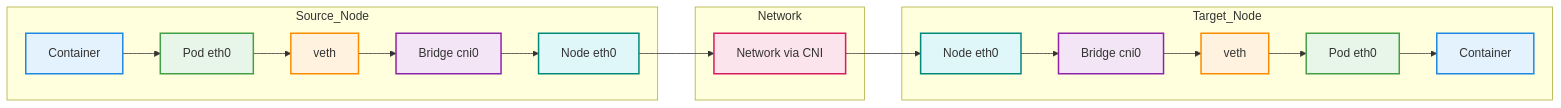
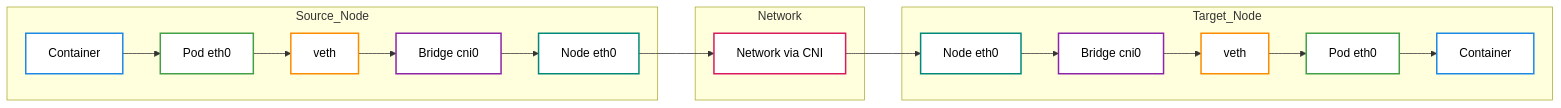
One commit to Mygit-personal/K8S-documentation changed the third of 3 diagrams in README.md. Above: the diagram before and after it, drawn with Mermaid. The commit also changed other lines of this file, not shown here.

Commit message:
different node-2

````diff
--- a/README.md
+++ b/README.md
@@ -3983,49 +3984,49 @@
 ```mermaid
 flowchart LR
 
     %% Source Node
     subgraph Source_Node
         A[Container]
         B[Pod eth0]
         C[veth]
         D[Bridge cni0]
         E[Node eth0]
         A --> B --> C --> D --> E
     end
 
     %% Network
     subgraph Network
         F[Network via CNI]
     end
 
     %% Target Node
     subgraph Target_Node
         G[Node eth0]
         H[Bridge cni0]
         I[veth]
         J[Pod eth0]
         K[Container]
         G --> H --> I --> J --> K
     end
 
     %% Cross-node connection
     E --> F --> G
 
-    %% Styling (AI-like soft colors)
-    style A fill:#E3F2FD,stroke:#1E88E5,stroke-width:2px
-    style K fill:#E3F2FD,stroke:#1E88E5,stroke-width:2px
+    %% High-contrast styling
+    style A fill:#ffffff,stroke:#1E88E5,stroke-width:2px,color:#000000
+    style K fill:#ffffff,stroke:#1E88E5,stroke-width:2px,color:#000000
 
-    style B fill:#E8F5E9,stroke:#43A047,stroke-width:2px
-    style J fill:#E8F5E9,stroke:#43A047,stroke-width:2px
+    style B fill:#ffffff,stroke:#43A047,stroke-width:2px,color:#000000
+    style J fill:#ffffff,stroke:#43A047,stroke-width:2px,color:#000000
 
-    style C fill:#FFF3E0,stroke:#FB8C00,stroke-width:2px
-    style I fill:#FFF3E0,stroke:#FB8C00,stroke-width:2px
+    style C fill:#ffffff,stroke:#FB8C00,stroke-width:2px,color:#000000
+    style I fill:#ffffff,stroke:#FB8C00,stroke-width:2px,color:#000000
 
-    style D fill:#F3E5F5,stroke:#8E24AA,stroke-width:2px
-    style H fill:#F3E5F5,stroke:#8E24AA,stroke-width:2px
+    style D fill:#ffffff,stroke:#8E24AA,stroke-width:2px,color:#000000
+    style H fill:#ffffff,stroke:#8E24AA,stroke-width:2px,color:#000000
 
-    style E fill:#E0F7FA,stroke:#00897B,stroke-width:2px
-    style G fill:#E0F7FA,stroke:#00897B,stroke-width:2px
+    style E fill:#ffffff,stroke:#00897B,stroke-width:2px,color:#000000
+    style G fill:#ffffff,stroke:#00897B,stroke-width:2px,color:#000000
 
-    style F fill:#FCE4EC,stroke:#D81B60,stroke-width:2px
+    style F fill:#ffffff,stroke:#D81B60,stroke-width:2px,color:#000000
 ```
````
